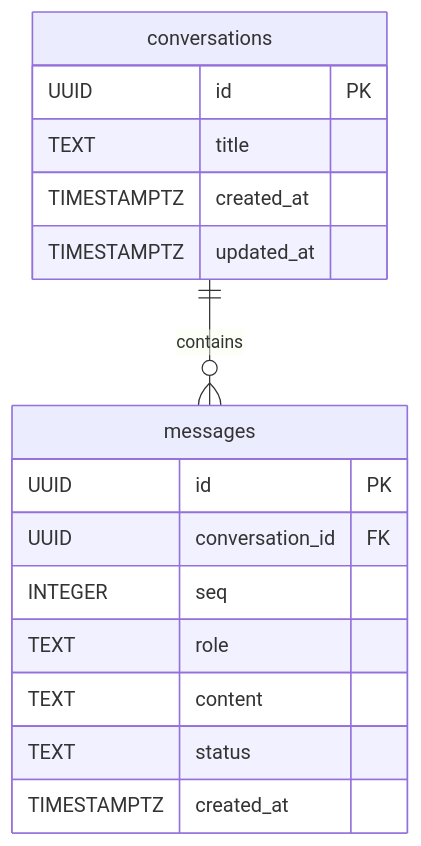
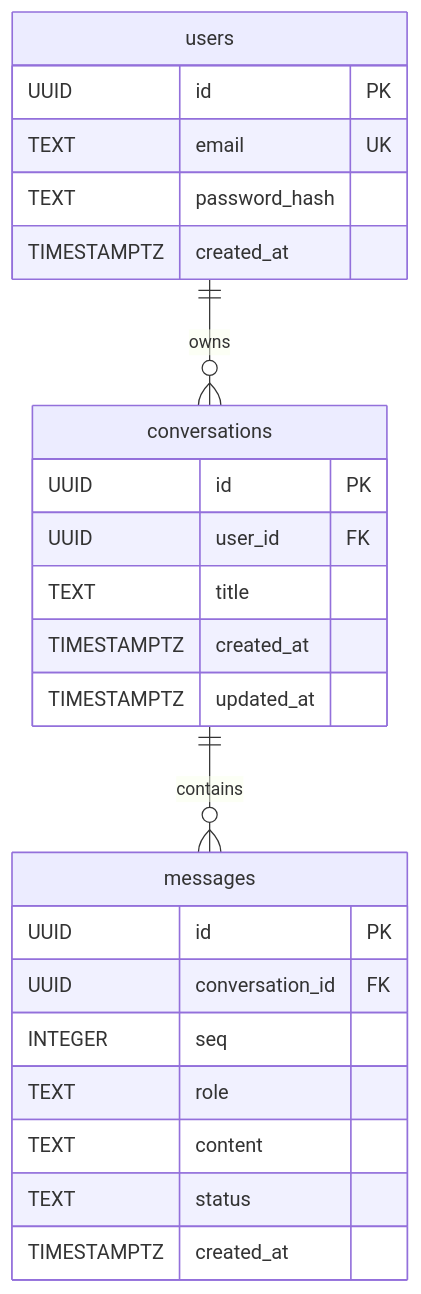
One commit to abdurrahmanse/brainX changed the third of 3 diagrams in docs/BACKEND.md. Above: the diagram before and after it, drawn with Mermaid. The commit also changed other lines of this file and 8 other files, not shown here.

First line of the commit message:
Update README, architecture, backend, frontend, and project documentation for user authentication and portfolio features

````diff
--- a/docs/BACKEND.md
+++ b/docs/BACKEND.md
@@ -194,19 +201,27 @@
 ```mermaid
 erDiagram
+    users ||--o{ conversations : owns
     conversations ||--o{ messages : contains
+    users {
+        UUID id PK
+        TEXT email UK
+        TEXT password_hash
+        TIMESTAMPTZ created_at
+    }
     conversations {
         UUID id PK
+        UUID user_id FK
         TEXT title
         TIMESTAMPTZ created_at
         TIMESTAMPTZ updated_at
     }
     messages {
         UUID id PK
         UUID conversation_id FK
         INTEGER seq
         TEXT role
         TEXT content
         TEXT status
         TIMESTAMPTZ created_at
     }
 ```
````
